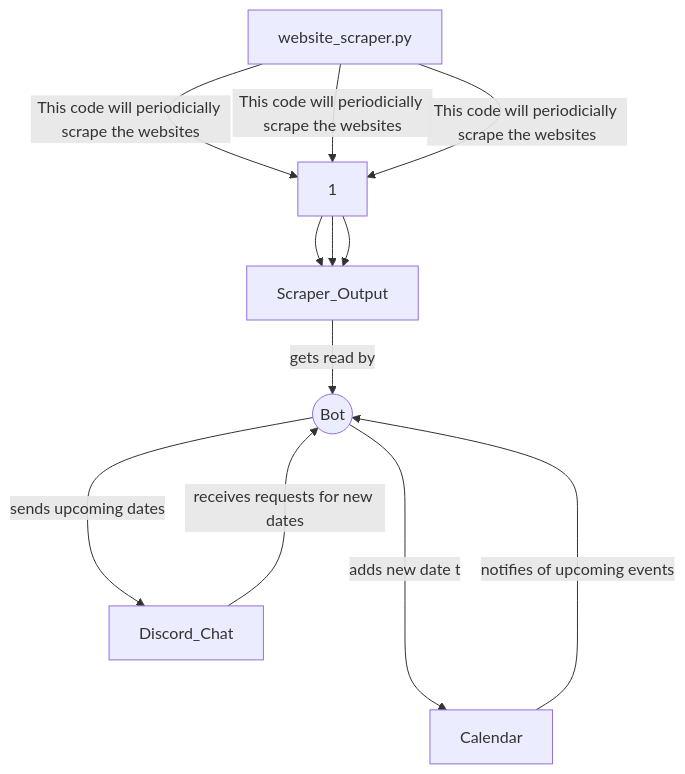
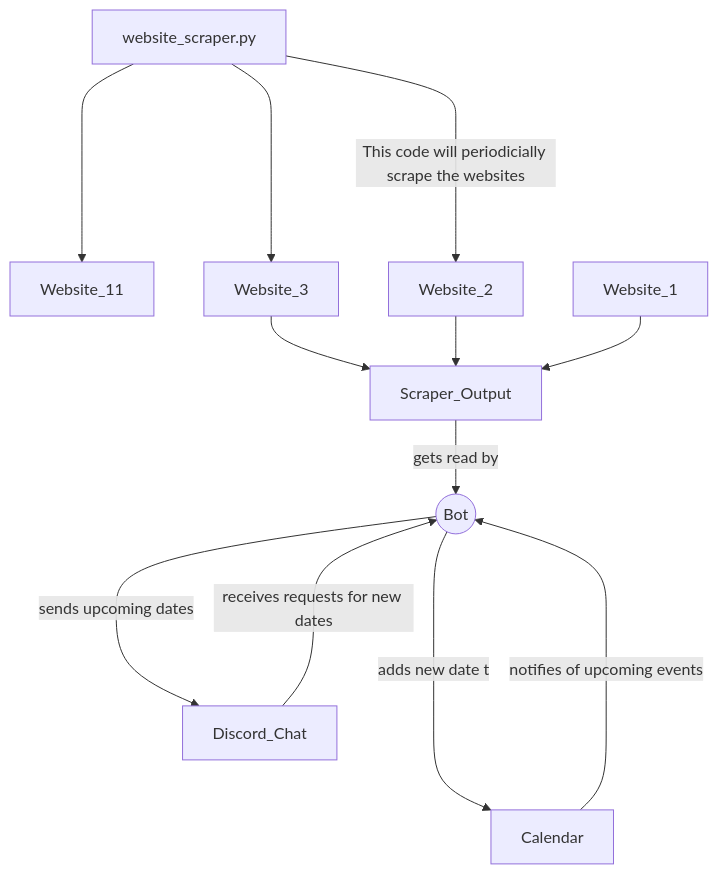
One commit to vesmor/ResearchBuddy changed the diagram in readme.md. Above: the diagram before and after it, drawn with Mermaid.

````diff
--- a/readme.md
+++ b/readme.md
@@ -38,15 +38,15 @@
 ```mermaid
 
 	graph TD;
-    website_scraper.py--This code will periodicially scrape the websites-->Website[1];
-    website_scraper.py--This code will periodicially scrape the websites-->Website[2];
-    website_scraper.py--This code will periodicially scrape the websites-->Website[3];
-    Website[3]-->Scraper_Output;
-    Website[2]-->Scraper_Output;
-    Website[1]-->Scraper_Output;
+    website_scraper.py---->Website_11;
+    website_scraper.py--This code will periodicially scrape the websites-->Website_2;
+    website_scraper.py---->Website_3;
+    Website_3-->Scraper_Output;
+    Website_2-->Scraper_Output;
+    Website_1-->Scraper_Output;
     Scraper_Output--gets read by-->Bot;
     Calendar--notifies of upcoming events---->Bot((Bot));
     Bot--adds new date to-->Calendar;
     Discord_Chat--receives requests for new dates--->Bot
     Bot--sends upcoming dates-->Discord_Chat
 ```
````
